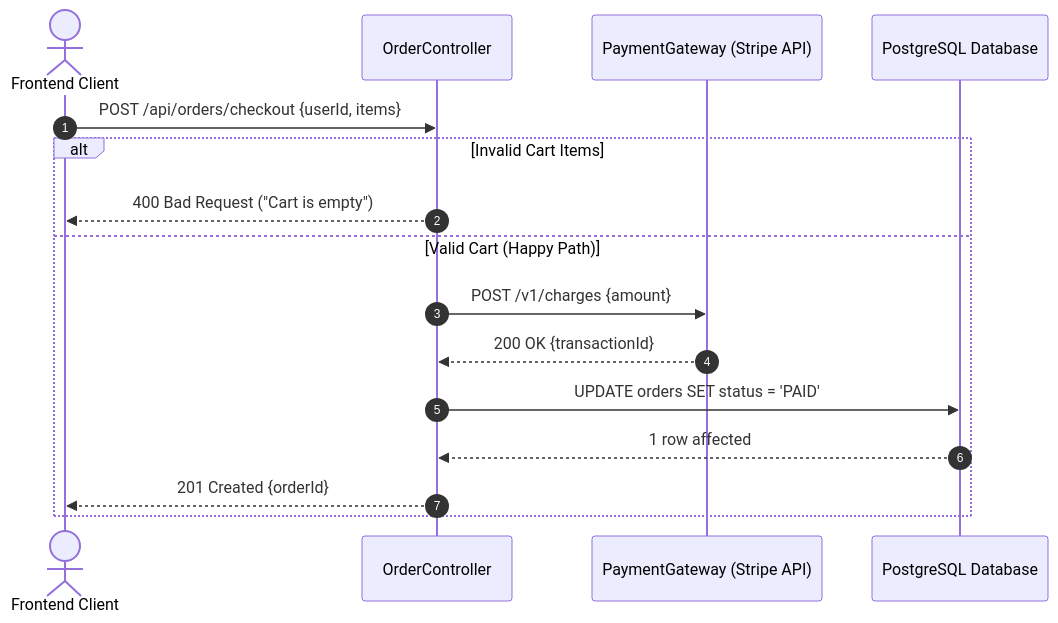
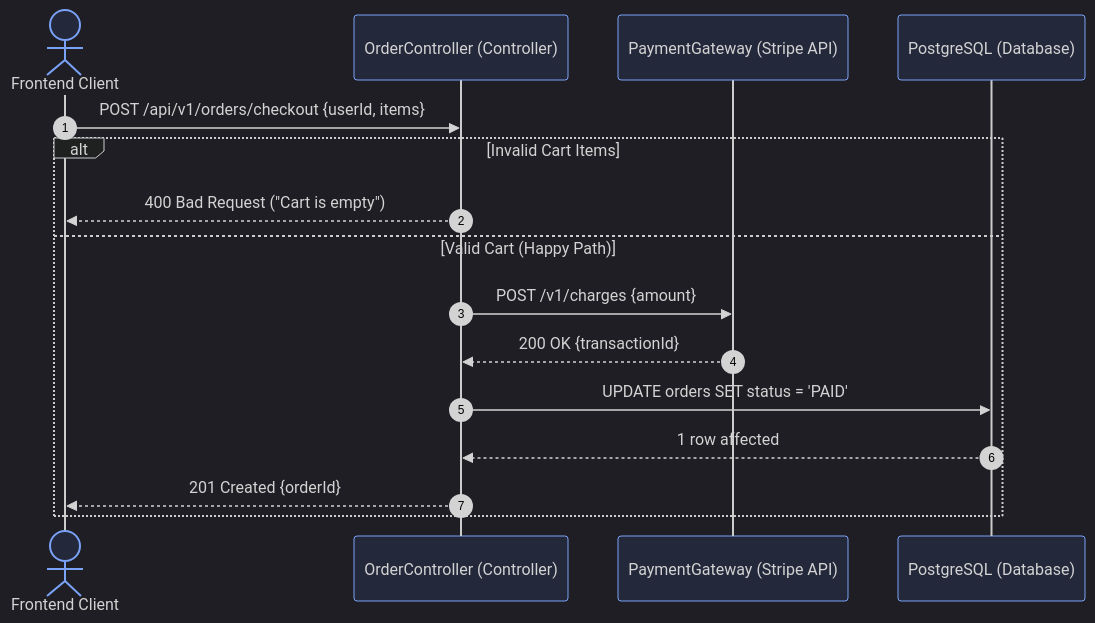
The second of 3 diagrams in README.md (hanifalkauni/uml-architect), drawn with Mermaid before and after one commit. The commit also changed other lines of this file and 1 other file, not shown here.

````diff
--- a/README.md
+++ b/README.md
@@ -145,19 +217,20 @@
 ```mermaid
+%%{init: {'theme': 'dark', 'themeVariables': { 'primaryColor': '#7aa2f7', 'primaryBorderColor': '#3d59a1', 'actorBkg': '#24283b', 'actorBorder': '#7aa2f7', 'lineColor': '#bb9af7', 'altBkg': '#1f2335' }}}%%
 sequenceDiagram
     autonumber
     actor Client as Frontend Client
-    participant Ctrl as OrderController
+    participant Ctrl as OrderController (Controller)
     participant PayGW as PaymentGateway (Stripe API)
-    participant DB as PostgreSQL Database
+    participant DB as PostgreSQL (Database)
 
-    Client->>Ctrl: POST /api/orders/checkout {userId, items}
+    Client->>Ctrl: POST /api/v1/orders/checkout {userId, items}
     alt Invalid Cart Items
         Ctrl-->>Client: 400 Bad Request ("Cart is empty")
     else Valid Cart (Happy Path)
         Ctrl->>PayGW: POST /v1/charges {amount}
         PayGW-->>Ctrl: 200 OK {transactionId}
         Ctrl->>DB: UPDATE orders SET status = 'PAID'
         DB-->>Ctrl: 1 row affected
         Ctrl-->>Client: 201 Created {orderId}
     end
 ```
````
